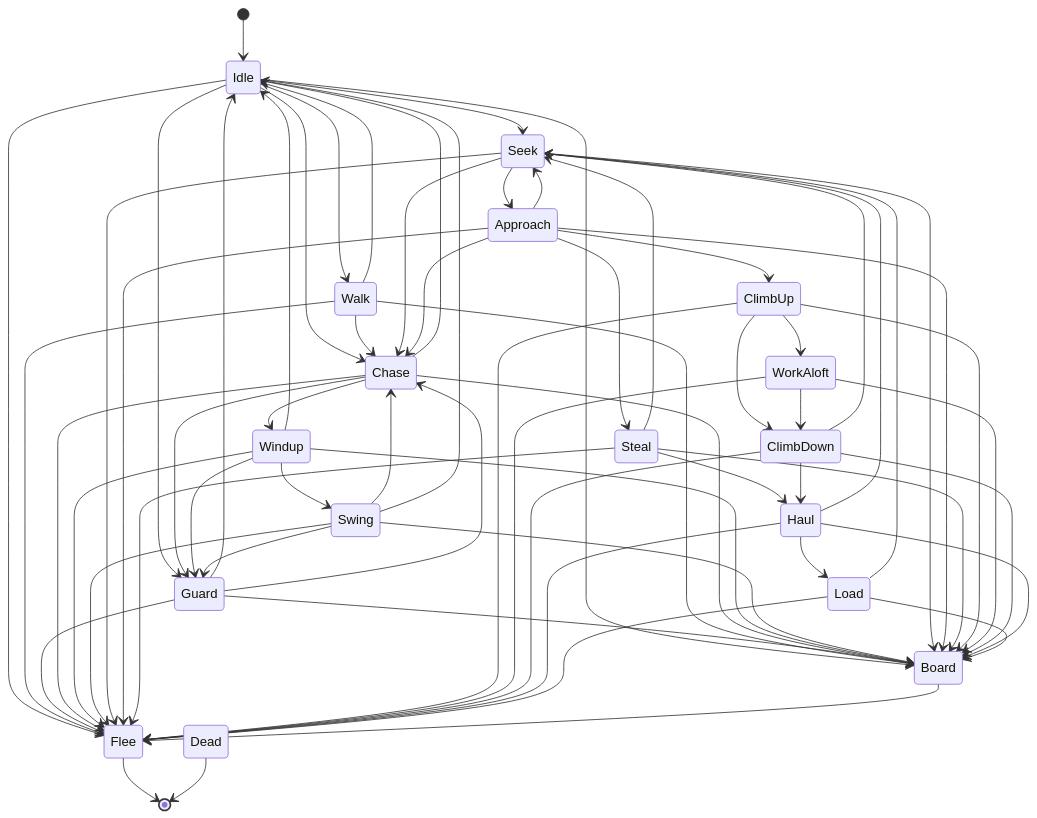
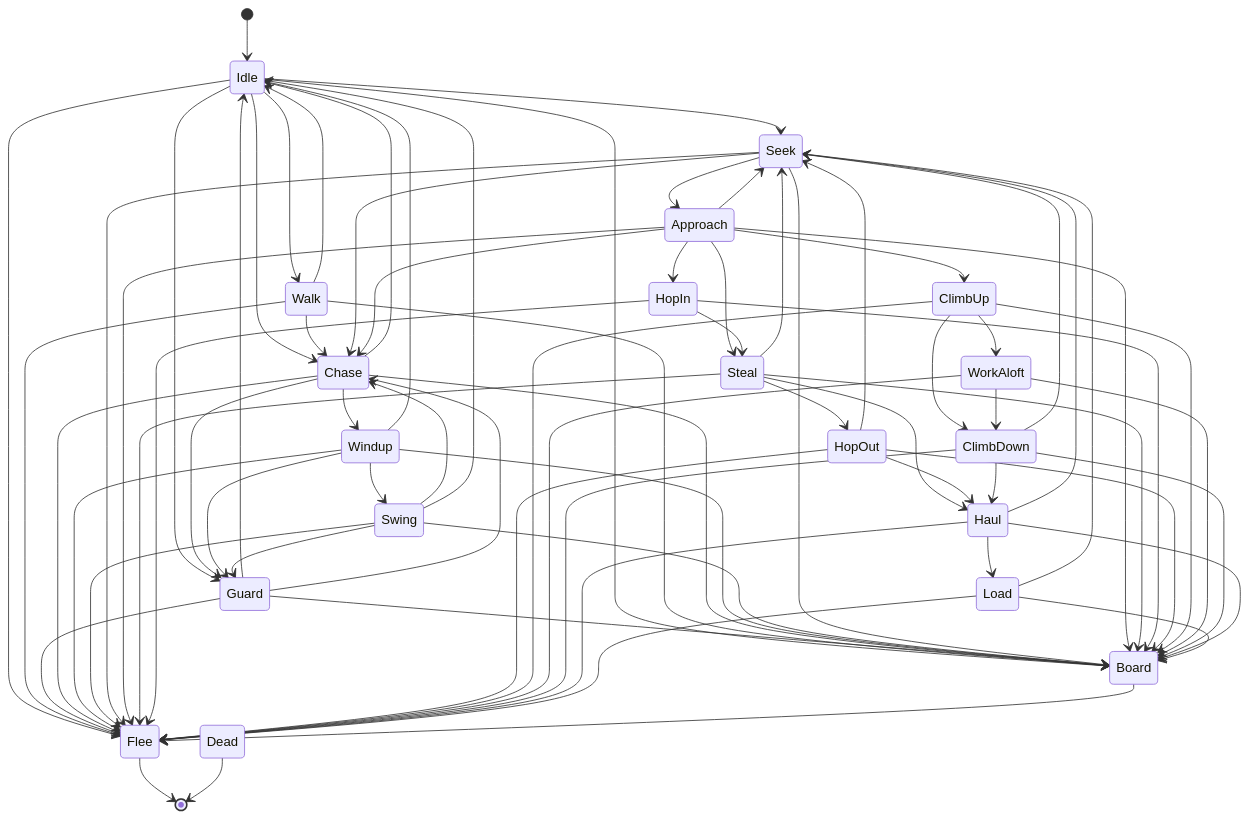
Diagram 14 of 39 in docs/state-machines.md (Kobu-Labs/drycastle), drawn with Mermaid before and after one commit. The commit also changed other lines of this file and 21 other files, not shown here.

````diff
--- a/docs/state-machines.md
+++ b/docs/state-machines.md
@@ -357,68 +366,77 @@
 ```mermaid
 stateDiagram-v2
     [*] --> Idle
     Idle --> Walk
     Idle --> Guard
     Idle --> Chase
     Idle --> Seek
     Idle --> Flee
     Idle --> Board
     Walk --> Idle
     Walk --> Chase
     Walk --> Flee
     Walk --> Board
     Guard --> Idle
     Guard --> Chase
     Guard --> Flee
     Guard --> Board
     Chase --> Windup
     Chase --> Idle
     Chase --> Guard
     Chase --> Flee
     Chase --> Board
     Windup --> Swing
     Windup --> Idle
     Windup --> Guard
     Windup --> Flee
     Windup --> Board
     Swing --> Chase
     Swing --> Idle
     Swing --> Guard
     Swing --> Flee
     Swing --> Board
     Seek --> Approach
     Seek --> Chase
     Seek --> Flee
     Seek --> Board
     Approach --> Steal
     Approach --> ClimbUp
     Approach --> Seek
     Approach --> Chase
     Approach --> Flee
     Approach --> Board
     Steal --> Haul
     Steal --> Seek
     Steal --> Flee
     Steal --> Board
+    Approach --> HopIn
+    HopIn --> Steal
+    HopIn --> Flee
+    HopIn --> Board
+    Steal --> HopOut
+    HopOut --> Haul
+    HopOut --> Seek
+    HopOut --> Flee
+    HopOut --> Board
     ClimbUp --> WorkAloft
     ClimbUp --> ClimbDown
     ClimbUp --> Flee
     ClimbUp --> Board
     WorkAloft --> ClimbDown
     WorkAloft --> Flee
     WorkAloft --> Board
     ClimbDown --> Haul
     ClimbDown --> Seek
     ClimbDown --> Flee
     ClimbDown --> Board
     Haul --> Load
     Haul --> Seek
     Haul --> Flee
     Haul --> Board
     Load --> Seek
     Load --> Flee
     Load --> Board
     Board --> Flee
     Flee --> [*]
     Dead --> [*]
 ```
````
